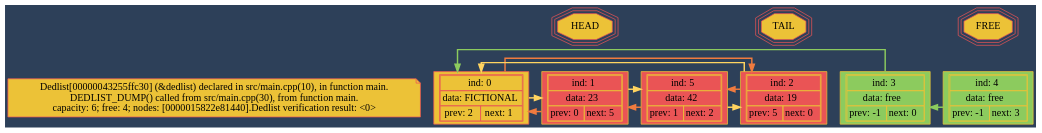
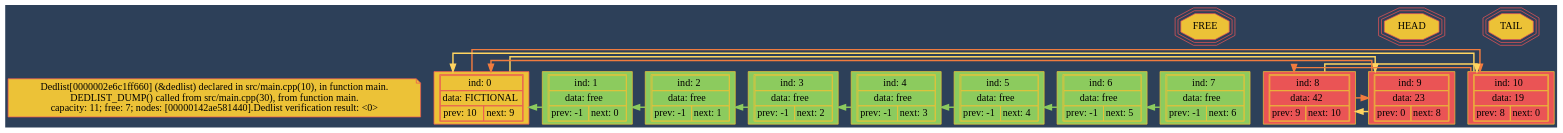
One commit to Feanor-19/dedlist changed the diagram in dumps/dedlist_dump.dot. Above: the diagram before and after it, drawn with Graphviz. The commit also changed 4 other files, not shown here.

```diff
--- a/dumps/dedlist_dump.dot
+++ b/dumps/dedlist_dump.dot
@@ -1,99 +1,149 @@
 digraph{
 splines=ortho;
 bgcolor="#2D4059";
 
 
 NODE_TEXT[shape=note, fontname="verdana",
 style=bold, style=filled,
 color="#EA5455", fillcolor="#ECC237",
-label = "Dedlist[00000043255ffc30] (&dedlist) declared in src/main.cpp(10), in function main.\nDEDLIST_DUMP() called from src/main.cpp(30), from function main.\ncapacity: 6; free: 4; nodes: [0000015822e81440].Dedlist verification result: <0>
+label = "Dedlist[0000002e6c1ff660] (&dedlist) declared in src/main.cpp(10), in function main.\nDEDLIST_DUMP() called from src/main.cpp(30), from function main.\ncapacity: 11; free: 7; nodes: [00000142ae581440].Dedlist verification result: <0>
 "]
 
 
 NODE_0[shape="record", fontname="verdana",
 style=bold, style=filled,
 color="#EA5455", fillcolor="#ECC237",
 label = <<table cellspacing="0">
 <tr><td colspan="2">ind: 0</td></tr>
 <tr><td colspan="2">data: FICTIONAL</td></tr>
-<tr><td>prev: 2</td><td>next: 1</td></tr></table>>];
+<tr><td>prev: 10</td><td>next: 9</td></tr></table>>];
 
 
 NODE_1[shape="record", fontname="verdana",
 style=bold, style=filled,
-color="#ECC237", fillcolor="#EA5455",
+color="#ECC237", fillcolor="#8ccb5e",
 label = <<table cellspacing="0">
 <tr><td colspan="2">ind: 1</td></tr>
-<tr><td colspan="2">data: 23</td></tr>
-<tr><td>prev: 0</td><td>next: 5</td></tr></table>>];
+<tr><td colspan="2">data: free</td></tr>
+<tr><td>prev: -1</td><td>next: 0</td></tr></table>>];
 
 NODE_2[shape="record", fontname="verdana",
 style=bold, style=filled,
-color="#ECC237", fillcolor="#EA5455",
+color="#ECC237", fillcolor="#8ccb5e",
 label = <<table cellspacing="0">
 <tr><td colspan="2">ind: 2</td></tr>
-<tr><td colspan="2">data: 19</td></tr>
-<tr><td>prev: 5</td><td>next: 0</td></tr></table>>];
+<tr><td colspan="2">data: free</td></tr>
+<tr><td>prev: -1</td><td>next: 1</td></tr></table>>];
 
 NODE_3[shape="record", fontname="verdana",
 style=bold, style=filled,
 color="#ECC237", fillcolor="#8ccb5e",
 label = <<table cellspacing="0">
 <tr><td colspan="2">ind: 3</td></tr>
 <tr><td colspan="2">data: free</td></tr>
-<tr><td>prev: -1</td><td>next: 0</td></tr></table>>];
+<tr><td>prev: -1</td><td>next: 2</td></tr></table>>];
 
 NODE_4[shape="record", fontname="verdana",
 style=bold, style=filled,
 color="#ECC237", fillcolor="#8ccb5e",
 label = <<table cellspacing="0">
 <tr><td colspan="2">ind: 4</td></tr>
 <tr><td colspan="2">data: free</td></tr>
 <tr><td>prev: -1</td><td>next: 3</td></tr></table>>];
 
 NODE_5[shape="record", fontname="verdana",
 style=bold, style=filled,
+color="#ECC237", fillcolor="#8ccb5e",
+label = <<table cellspacing="0">
+<tr><td colspan="2">ind: 5</td></tr>
+<tr><td colspan="2">data: free</td></tr>
+<tr><td>prev: -1</td><td>next: 4</td></tr></table>>];
+
+NODE_6[shape="record", fontname="verdana",
+style=bold, style=filled,
+color="#ECC237", fillcolor="#8ccb5e",
+label = <<table cellspacing="0">
+<tr><td colspan="2">ind: 6</td></tr>
+<tr><td colspan="2">data: free</td></tr>
+<tr><td>prev: -1</td><td>next: 5</td></tr></table>>];
+
+NODE_7[shape="record", fontname="verdana",
+style=bold, style=filled,
+color="#ECC237", fillcolor="#8ccb5e",
+label = <<table cellspacing="0">
+<tr><td colspan="2">ind: 7</td></tr>
+<tr><td colspan="2">data: free</td></tr>
+<tr><td>prev: -1</td><td>next: 6</td></tr></table>>];
+
+NODE_8[shape="record", fontname="verdana",
+style=bold, style=filled,
 color="#ECC237", fillcolor="#EA5455",
 label = <<table cellspacing="0">
-<tr><td colspan="2">ind: 5</td></tr>
+<tr><td colspan="2">ind: 8</td></tr>
 <tr><td colspan="2">data: 42</td></tr>
-<tr><td>prev: 1</td><td>next: 2</td></tr></table>>];
+<tr><td>prev: 9</td><td>next: 10</td></tr></table>>];
+
+NODE_9[shape="record", fontname="verdana",
+style=bold, style=filled,
+color="#ECC237", fillcolor="#EA5455",
+label = <<table cellspacing="0">
+<tr><td colspan="2">ind: 9</td></tr>
+<tr><td colspan="2">data: 23</td></tr>
+<tr><td>prev: 0</td><td>next: 8</td></tr></table>>];
+
+NODE_10[shape="record", fontname="verdana",
+style=bold, style=filled,
+color="#ECC237", fillcolor="#EA5455",
+label = <<table cellspacing="0">
+<tr><td colspan="2">ind: 10</td></tr>
+<tr><td colspan="2">data: 19</td></tr>
+<tr><td>prev: 8</td><td>next: 0</td></tr></table>>];
 
 HEAD[shape=tripleoctagon, style=filled,
 fontname="verdana", color="#EA5455", fillcolor="#ECC237"];
 
 TAIL[shape=tripleoctagon, style=filled,
 fontname="verdana", color="#EA5455", fillcolor="#ECC237"];
 
 FREE[shape=tripleoctagon, style=filled,
 fontname="verdana", color="#EA5455", fillcolor="#ECC237"];
 
 
-{rank=same; NODE_TEXT NODE_0 NODE_1 NODE_2 NODE_3 NODE_4 NODE_5 }
+{rank=same; NODE_TEXT NODE_0 NODE_1 NODE_2 NODE_3 NODE_4 NODE_5 NODE_6 NODE_7 NODE_8 NODE_9 NODE_10 }
 NODE_TEXT->NODE_0[weight=10, style=invis];
 NODE_0->NODE_1[weight=10, style=invis];
 NODE_1->NODE_2[weight=10, style=invis];
 NODE_2->NODE_3[weight=10, style=invis];
 NODE_3->NODE_4[weight=10, style=invis];
 NODE_4->NODE_5[weight=10, style=invis];
-HEAD->NODE_1[style=invis];
-TAIL->NODE_2[style=invis];
-FREE->NODE_4[style=invis];
+NODE_5->NODE_6[weight=10, style=invis];
+NODE_6->NODE_7[weight=10, style=invis];
+NODE_7->NODE_8[weight=10, style=invis];
+NODE_8->NODE_9[weight=10, style=invis];
+NODE_9->NODE_10[weight=10, style=invis];
+HEAD->NODE_9[style=invis];
+TAIL->NODE_10[style=invis];
+FREE->NODE_7[style=invis];
 
 
-NODE_0->NODE_2[color="#F07B3F", penwidth=2];
-NODE_0->NODE_1[color="#FFD460", penwidth=2];
+NODE_0->NODE_10[color="#F07B3F", penwidth=2];
+NODE_0->NODE_9[color="#FFD460", penwidth=2];
 
-NODE_1->NODE_0[color="#F07B3F", penwidth=2];
-NODE_1->NODE_5[color="#FFD460", penwidth=2];
+NODE_1->NODE_0[color="#8ccb5e", penwidth=2];
+NODE_2->NODE_1[color="#8ccb5e", penwidth=2];
+NODE_3->NODE_2[color="#8ccb5e", penwidth=2];
+NODE_4->NODE_3[color="#8ccb5e", penwidth=2];
+NODE_5->NODE_4[color="#8ccb5e", penwidth=2];
+NODE_6->NODE_5[color="#8ccb5e", penwidth=2];
+NODE_7->NODE_6[color="#8ccb5e", penwidth=2];
+NODE_8->NODE_9[color="#F07B3F", penwidth=2];
+NODE_8->NODE_10[color="#FFD460", penwidth=2];
 
-NODE_2->NODE_5[color="#F07B3F", penwidth=2];
-NODE_2->NODE_0[color="#FFD460", penwidth=2];
+NODE_9->NODE_0[color="#F07B3F", penwidth=2];
+NODE_9->NODE_8[color="#FFD460", penwidth=2];
 
-NODE_3->NODE_0[color="#8ccb5e", penwidth=2];
-NODE_4->NODE_3[color="#8ccb5e", penwidth=2];
-NODE_5->NODE_1[color="#F07B3F", penwidth=2];
-NODE_5->NODE_2[color="#FFD460", penwidth=2];
+NODE_10->NODE_8[color="#F07B3F", penwidth=2];
+NODE_10->NODE_0[color="#FFD460", penwidth=2];
 
 
 }
```
